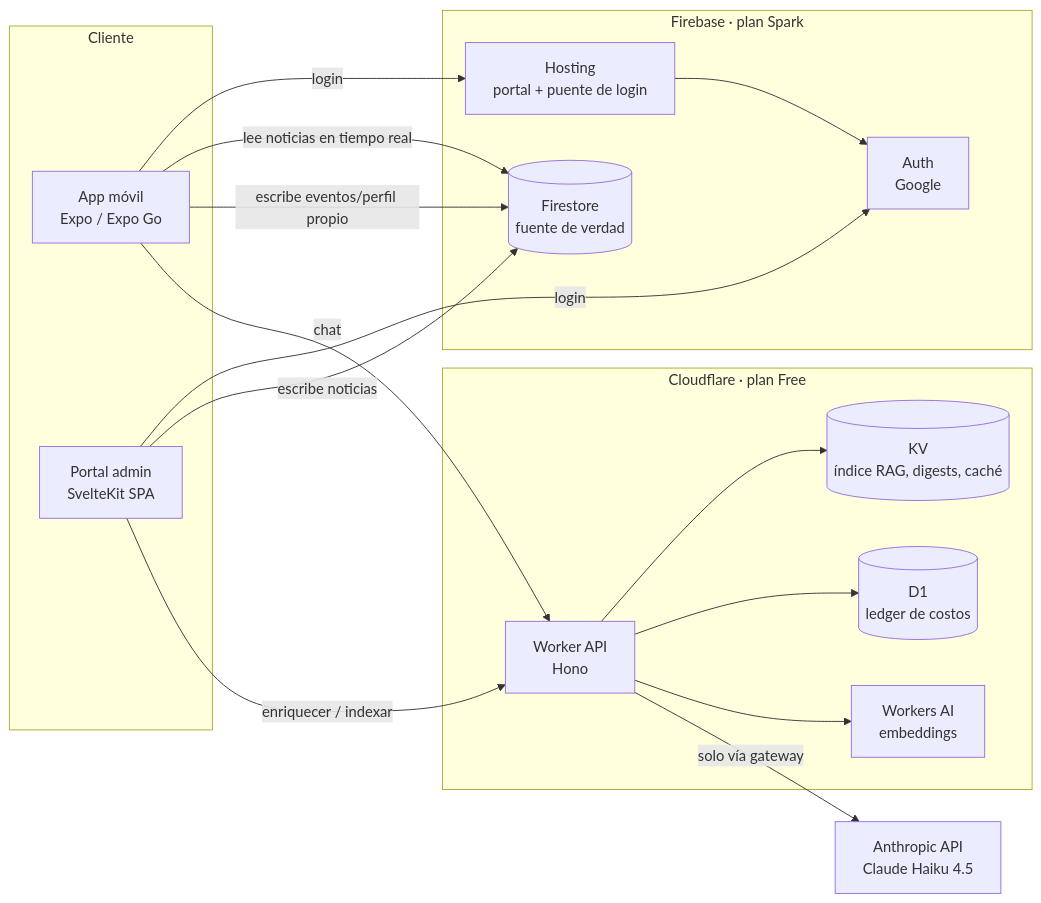
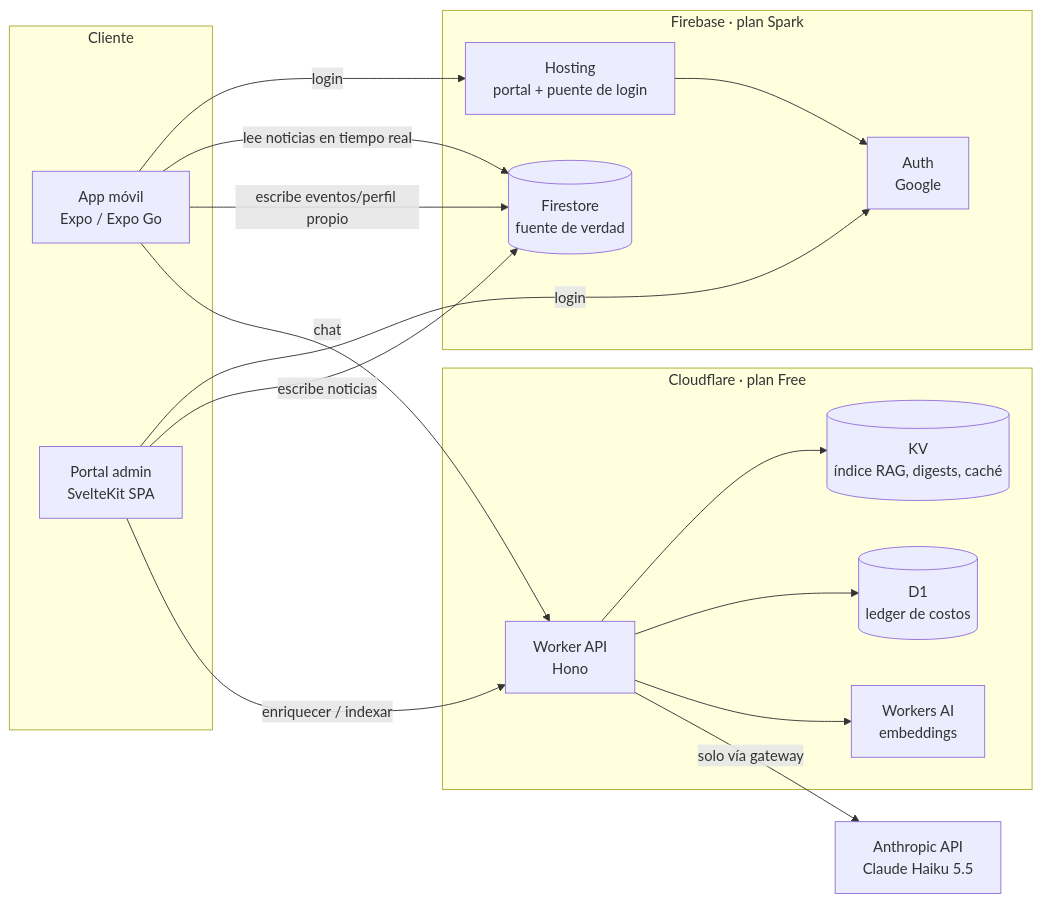
The diagram in docs/architecture/ARQUITECTURA.md (newsappequipo7/RAI-Project2), drawn with Mermaid before and after one commit. The commit also changed other lines of this file and 6 other files, not shown here.

First line of the commit message:
feat(api): use Claude Haiku 5.5 as the default model (F4-06)

````diff
--- a/docs/architecture/ARQUITECTURA.md
+++ b/docs/architecture/ARQUITECTURA.md
@@ -5,29 +5,29 @@
 ```mermaid
 flowchart LR
   subgraph Cliente
     M[App móvil<br/>Expo / Expo Go]
     A[Portal admin<br/>SvelteKit SPA]
   end
   subgraph Firebase [Firebase · plan Spark]
     AU[Auth<br/>Google]
     FS[(Firestore<br/>fuente de verdad)]
     H[Hosting<br/>portal + puente de login]
   end
   subgraph CF [Cloudflare · plan Free]
     W[Worker API<br/>Hono]
     KV[(KV<br/>índice RAG, digests, caché)]
     D1[(D1<br/>ledger de costos)]
     WAI[Workers AI<br/>embeddings]
   end
-  LLM[Anthropic API<br/>Claude Haiku 4.5]
+  LLM[Anthropic API<br/>Claude Haiku 5.5]
 
   M -- login --> H --> AU
   A -- login --> AU
   M -- lee noticias en tiempo real --> FS
   M -- escribe eventos/perfil propio --> FS
   A -- escribe noticias --> FS
   A -- enriquecer / indexar --> W
   M -- chat --> W
   W --> KV & D1 & WAI
   W -- solo vía gateway --> LLM
 ```
````
